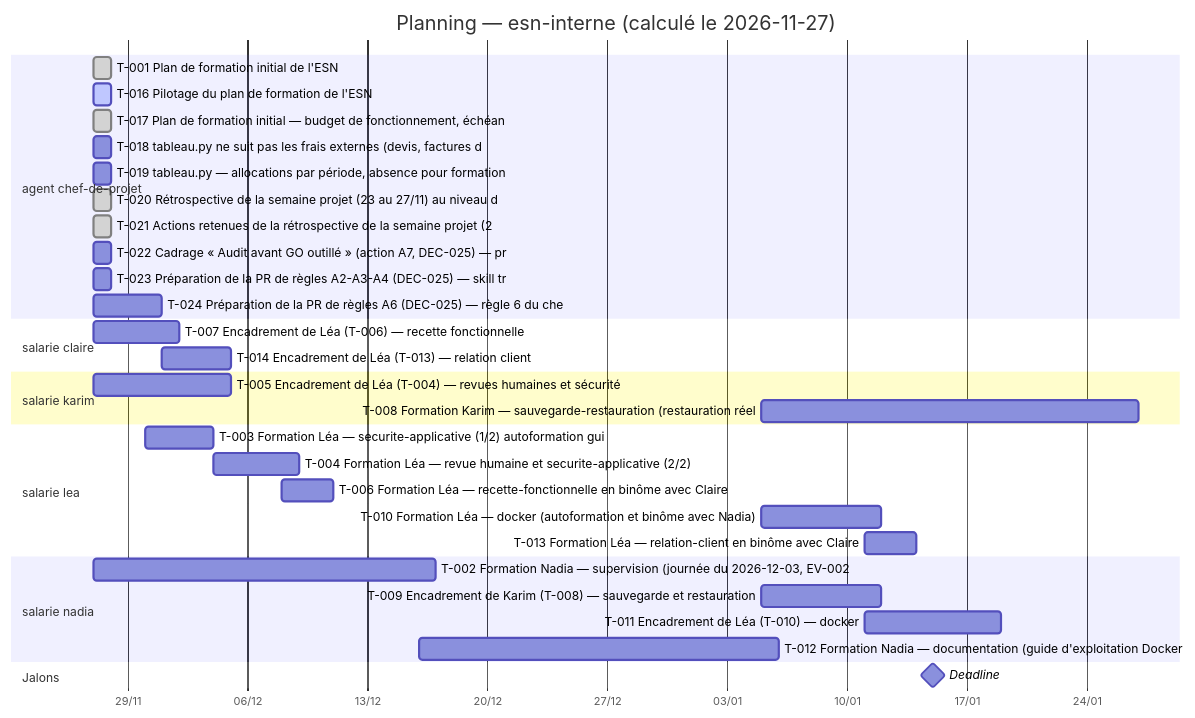
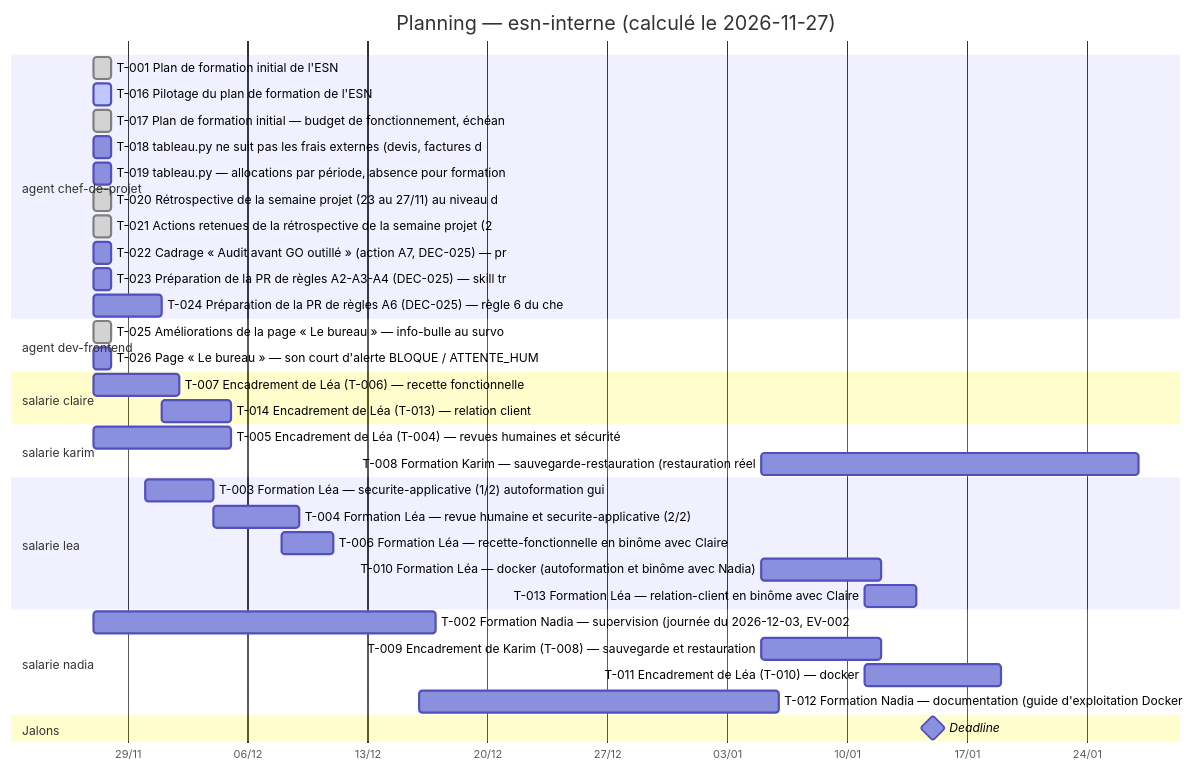
One commit to LopezMat/tpGestionProjet changed the diagram in projets/esn-interne/TABLEAU.md. Above: the diagram before and after it, drawn with Mermaid. The commit also changed other lines of this file and 5 other files, not shown here.

````diff
--- a/projets/esn-interne/TABLEAU.md
+++ b/projets/esn-interne/TABLEAU.md
@@ -95,36 +95,39 @@
 ```mermaid
 gantt
     title Planning — esn-interne (calculé le 2026-11-27)
     dateFormat YYYY-MM-DD
     axisFormat %d/%m
     section agent chef-de-projet
     T-001 Plan de formation initial de l'ESN :done, t001, 2026-11-27, 2026-11-28
     T-016 Pilotage du plan de formation de l'ESN :active, t016, 2026-11-27, 2026-11-28
     T-017 Plan de formation initial — budget de fonctionnement, échéan :done, t017, 2026-11-27, 2026-11-28
     T-018 tableau.py ne suit pas les frais externes (devis, factures d :t018, 2026-11-27, 2026-11-28
     T-019 tableau.py — allocations par période, absence pour formation :t019, 2026-11-27, 2026-11-28
     T-020 Rétrospective de la semaine projet (23 au 27/11) au niveau d :done, t020, 2026-11-27, 2026-11-28
     T-021 Actions retenues de la rétrospective de la semaine projet (2 :done, t021, 2026-11-27, 2026-11-28
     T-022 Cadrage « Audit avant GO outillé » (action A7, DEC-025) — pr :t022, 2026-11-27, 2026-11-28
     T-023 Préparation de la PR de règles A2-A3-A4 (DEC-025) — skill tr :t023, 2026-11-27, 2026-11-28
     T-024 Préparation de la PR de règles A6 (DEC-025) — règle 6 du che :t024, 2026-11-27, 2026-12-01
+    section agent dev-frontend
+    T-025 Améliorations de la page « Le bureau » — info-bulle au survo :done, t025, 2026-11-27, 2026-11-28
+    T-026 Page « Le bureau » — son court d'alerte BLOQUE / ATTENTE_HUM :t026, 2026-11-27, 2026-11-28
     section salarie claire
     T-007 Encadrement de Léa (T-006) — recette fonctionnelle :t007, 2026-11-27, 2026-12-02
     T-014 Encadrement de Léa (T-013) — relation client :t014, 2026-12-01, 2026-12-05
     section salarie karim
     T-005 Encadrement de Léa (T-004) — revues humaines et sécurité :t005, 2026-11-27, 2026-12-05
     T-008 Formation Karim — sauvegarde-restauration (restauration réel :t008, 2027-01-05, 2027-01-27
     section salarie lea
     T-003 Formation Léa — securite-applicative (1/2) autoformation gui :t003, 2026-11-30, 2026-12-04
     T-004 Formation Léa — revue humaine et securite-applicative (2/2)  :t004, 2026-12-04, 2026-12-09
     T-006 Formation Léa — recette-fonctionnelle en binôme avec Claire :t006, 2026-12-08, 2026-12-11
     T-010 Formation Léa — docker (autoformation et binôme avec Nadia) :t010, 2027-01-05, 2027-01-12
     T-013 Formation Léa — relation-client en binôme avec Claire :t013, 2027-01-11, 2027-01-14
     section salarie nadia
     T-002 Formation Nadia — supervision (journée du 2026-12-03, EV-002 :t002, 2026-11-27, 2026-12-17
     T-009 Encadrement de Karim (T-008) — sauvegarde et restauration :t009, 2027-01-05, 2027-01-12
     T-011 Encadrement de Léa (T-010) — docker :t011, 2027-01-11, 2027-01-19
     T-012 Formation Nadia — documentation (guide d'exploitation Docker :t012, 2026-12-16, 2027-01-06
     section Jalons
     Deadline :milestone, deadline, 2027-01-15, 0d
 ```
````
